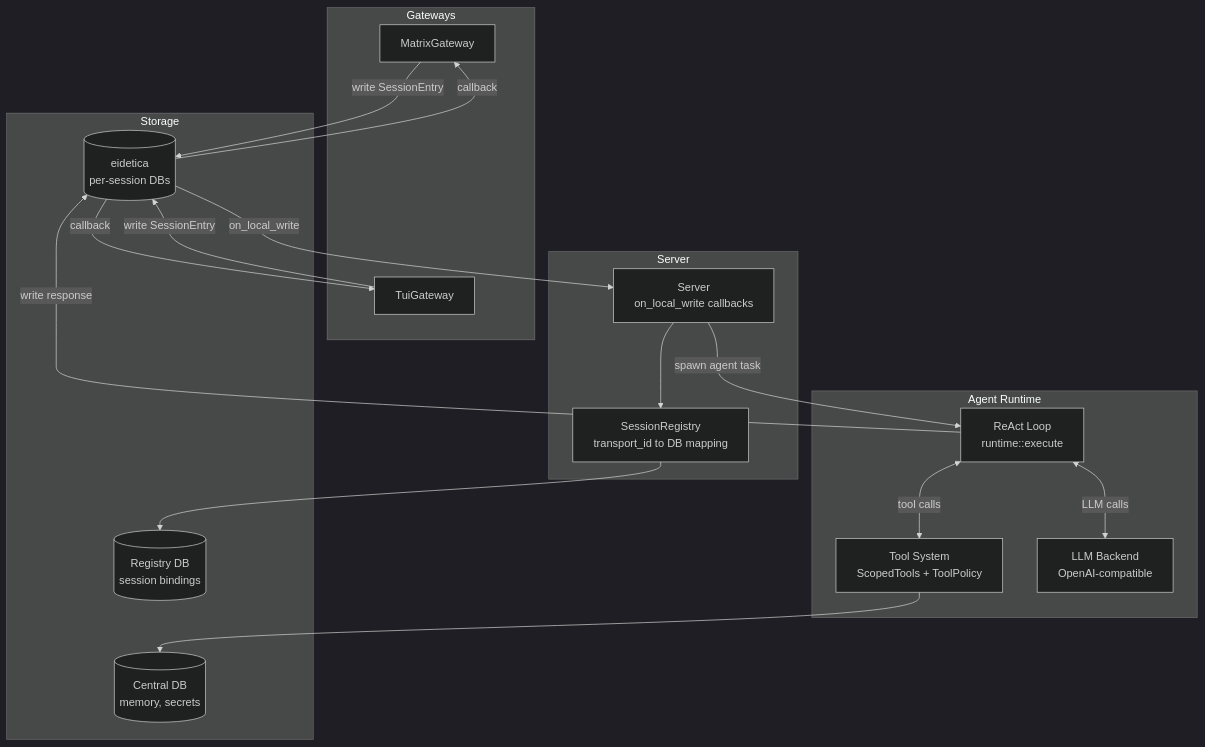
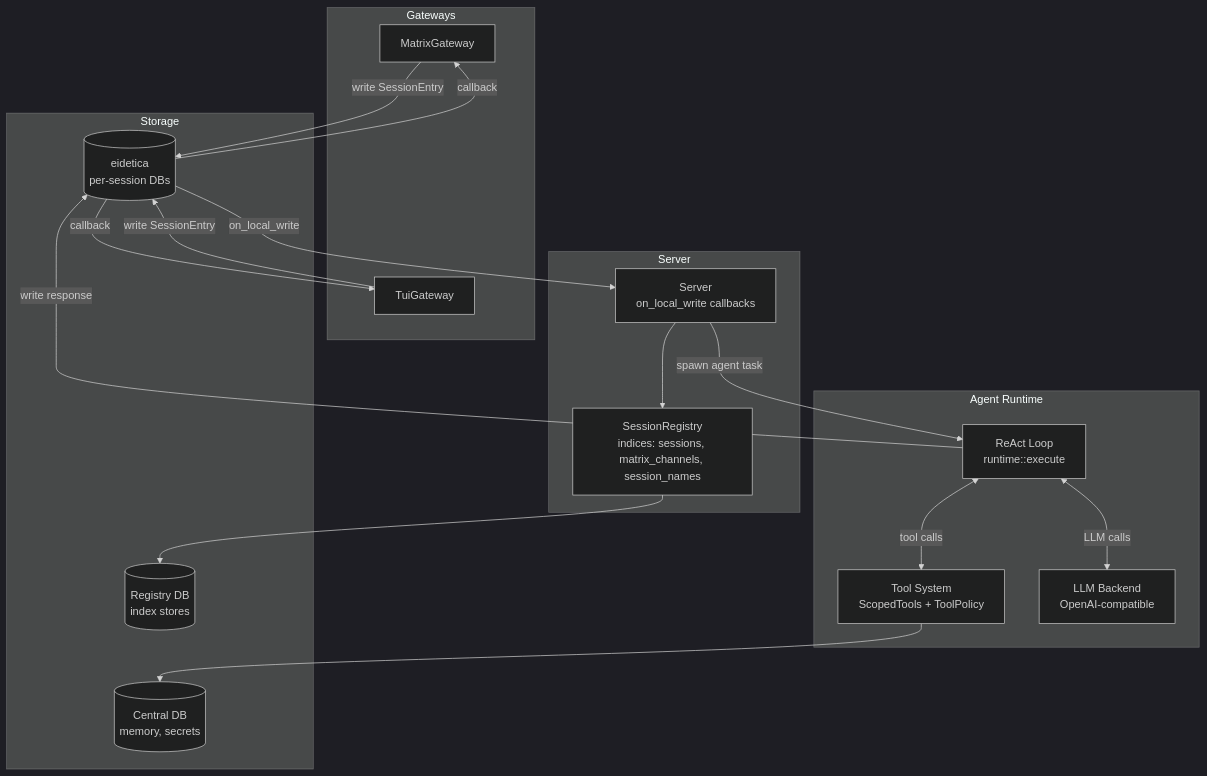
The diagram in docs/src/architecture/overview.md (arcuru/chaz), drawn with Mermaid (dark theme) before and after one commit. The commit also changed 14 other files, not shown here.

````diff
--- a/docs/src/architecture/overview.md
+++ b/docs/src/architecture/overview.md
@@ -7,37 +7,37 @@
 ```mermaid
 graph TD
     subgraph Gateways
         MG[MatrixGateway]
         TG[TuiGateway]
     end
 
     subgraph Server
         SV[Server<br/>on_local_write callbacks]
-        SR[SessionRegistry<br/>transport_id to DB mapping]
+        SR[SessionRegistry<br/>indices: sessions, matrix_channels, session_names]
     end
 
     subgraph "Agent Runtime"
         RT[ReAct Loop<br/>runtime::execute]
         TS[Tool System<br/>ScopedTools + ToolPolicy]
         LLM[LLM Backend<br/>OpenAI-compatible]
     end
 
     subgraph Storage
         EI[(eidetica<br/>per-session DBs)]
-        REG[(Registry DB<br/>session bindings)]
+        REG[(Registry DB<br/>index stores)]
         CEN[(Central DB<br/>memory, secrets)]
     end
 
     MG -->|write SessionEntry| EI
     TG -->|write SessionEntry| EI
     EI -->|on_local_write| SV
     SV -->|spawn agent task| RT
     RT <-->|tool calls| TS
     RT <-->|LLM calls| LLM
     RT -->|write response| EI
     EI -->|callback| MG
     EI -->|callback| TG
     SV --> SR
     SR --> REG
     TS --> CEN
 ```
````
